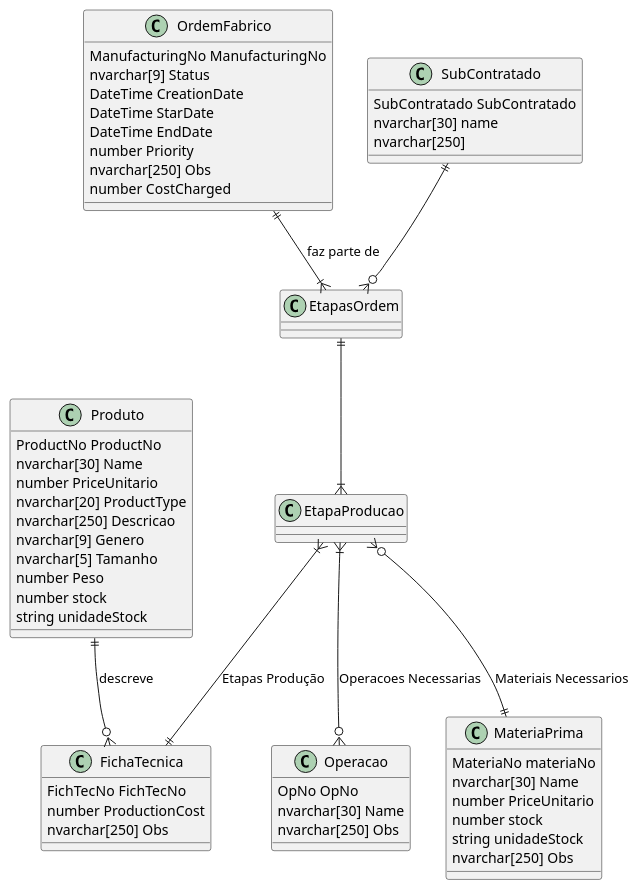
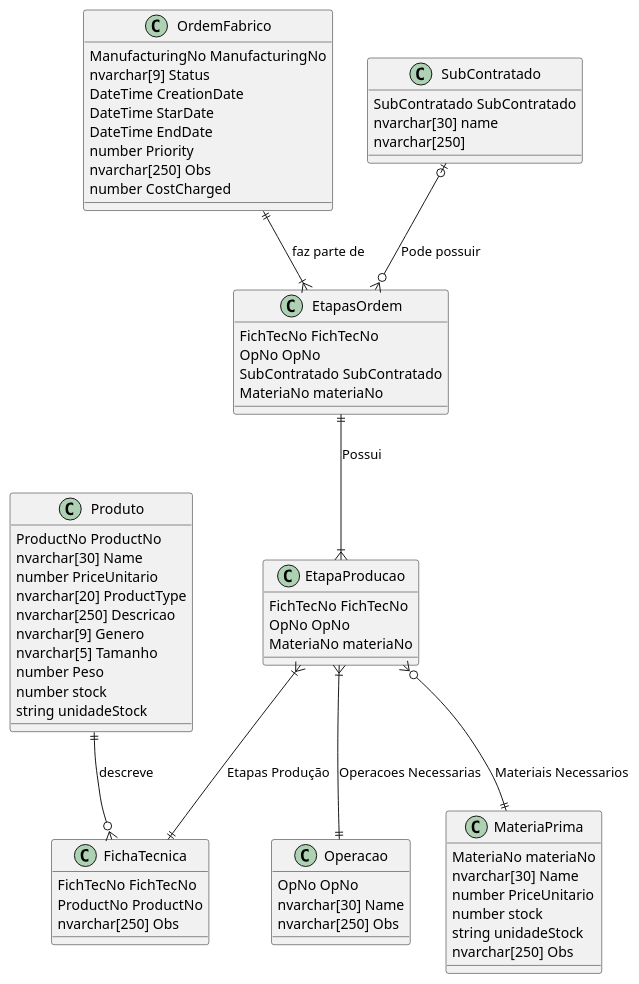
Before and after one commit to Arturito2005/TrabalhoBD: the diagram in DesenhoLogico/ModeloLogico/ModeloLogico.plantuml, drawn with PlantUML. The commit also changed 5 other files, not shown here.

```diff
--- a/DesenhoLogico/ModeloLogico/ModeloLogico.plantuml
+++ b/DesenhoLogico/ModeloLogico/ModeloLogico.plantuml
@@ -1,80 +1,89 @@
 @startuml tableBD
 
 
 class OrdemFabrico {
     ManufacturingNo ManufacturingNo
     nvarchar[9] Status 
     DateTime CreationDate
     DateTime StarDate
     DateTime EndDate
     number Priority
     nvarchar[250] Obs
     number CostCharged
 }   
 
 class Produto {
     ProductNo ProductNo
     nvarchar[30] Name 
     number PriceUnitario 
     nvarchar[20] ProductType
     nvarchar[250] Descricao
     nvarchar[9] Genero
     nvarchar[5] Tamanho
     number Peso
     number stock 
     string unidadeStock
 }
 
 class MateriaPrima {
     MateriaNo materiaNo
     nvarchar[30] Name
     number PriceUnitario
     number stock 
     string unidadeStock
     nvarchar[250] Obs
 }
 
 class FichaTecnica {
     FichTecNo FichTecNo 
-    number ProductionCost 
+    ProductNo ProductNo
     nvarchar[250] Obs
 }
 
 class Operacao {
     OpNo OpNo
     nvarchar[30] Name 
     nvarchar[250] Obs
 }
 
 class SubContratado {
     SubContratado SubContratado
     nvarchar[30] name
     nvarchar[250]
 }
 
 class EtapaProducao {
-
+    FichTecNo FichTecNo
+    OpNo OpNo
+    MateriaNo materiaNo
 }
 
 class EtapasOrdem {
-    
+    FichTecNo FichTecNo
+    OpNo OpNo
+    SubContratado SubContratado
+    MateriaNo materiaNo
 }
 
 /'
 Relacionamento Etapa Producao
 '/
 EtapaProducao }|--|| FichaTecnica: Etapas Produção
-EtapaProducao }|--o{ Operacao: Operacoes Necessarias
+EtapaProducao }|--|| Operacao: Operacoes Necessarias
 EtapaProducao }o--|| MateriaPrima: Materiais Necessarios
 
-SubContratado ||--o{ EtapasOrdem
-EtapasOrdem ||--|{ EtapaProducao
+/'
+Etapas da Ordem
+'/
+SubContratado |o--o{ EtapasOrdem: Pode possuir 
+EtapasOrdem ||--|{ EtapaProducao: Possui
 OrdemFabrico ||--|{ EtapasOrdem: faz parte de
+
 
 /'
 Relacionamentos do Produto
 '/
 Produto ||--o{ FichaTecnica: descreve
 
 
 @enduml
```
